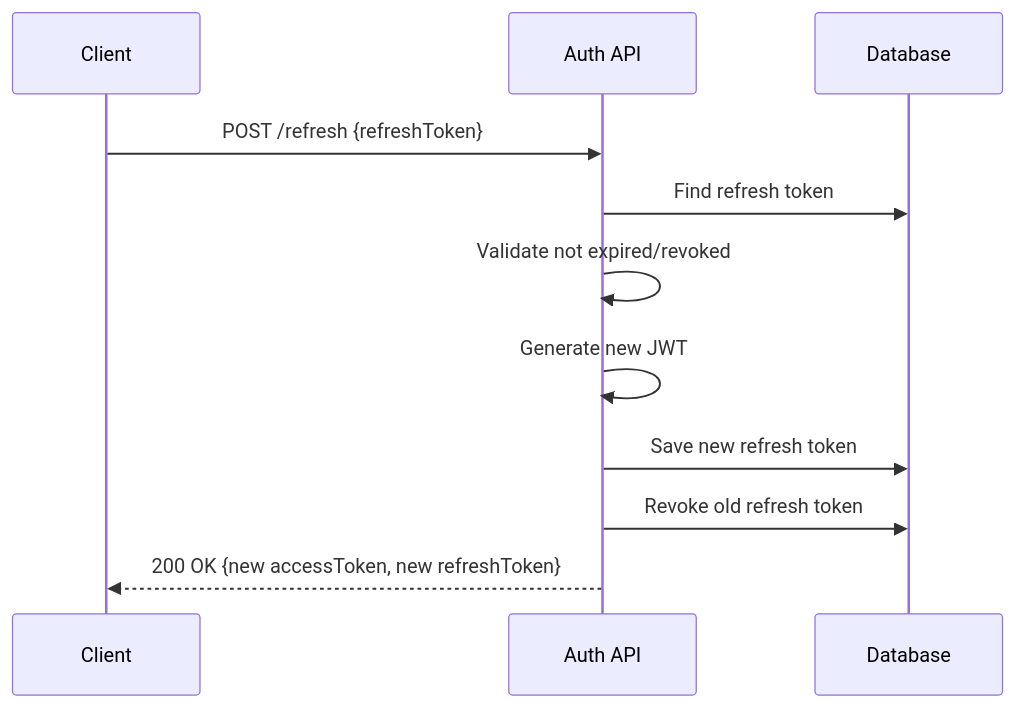
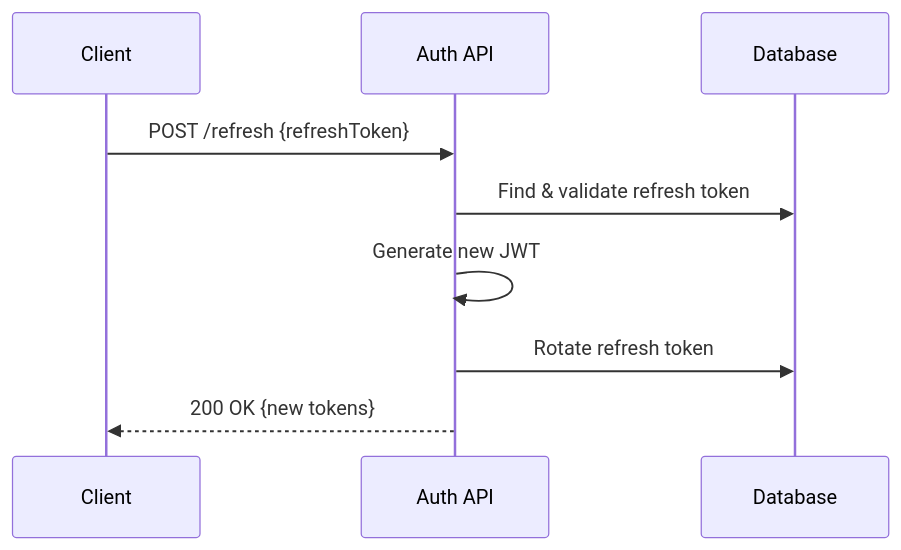
The fourth of 8 diagrams in README.md (ivanhernandez-dev/auth-service), drawn with Mermaid before and after one commit. The commit also changed other lines of this file and 1 other file, not shown here.

````diff
--- a/README.md
+++ b/README.md
@@ -161,13 +245,11 @@
 ```mermaid
 sequenceDiagram
     participant C as Client
     participant A as Auth API
     participant DB as Database
     C->>A: POST /refresh {refreshToken}
-    A->>DB: Find refresh token
-    A->>A: Validate not expired/revoked
+    A->>DB: Find & validate refresh token
     A->>A: Generate new JWT
-    A->>DB: Save new refresh token
-    A->>DB: Revoke old refresh token
-    A-->>C: 200 OK {new accessToken, new refreshToken}
+    A->>DB: Rotate refresh token
+    A-->>C: 200 OK {new tokens}
 ```
````
